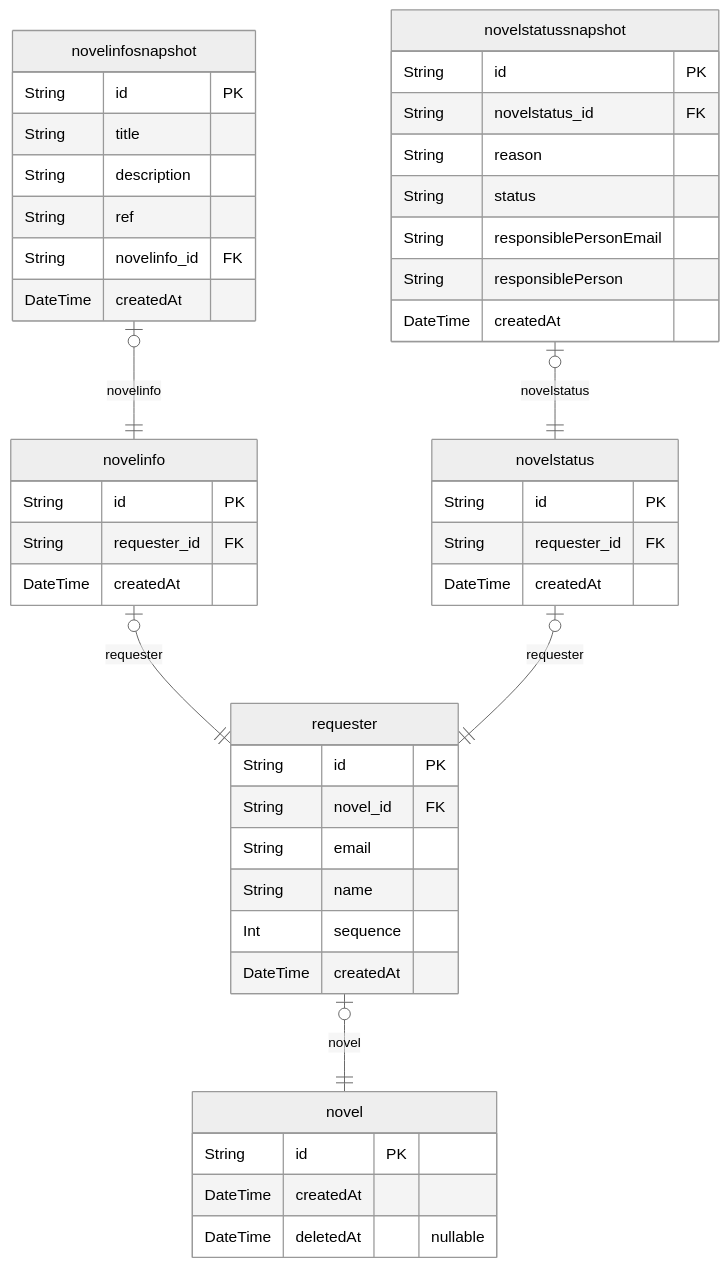
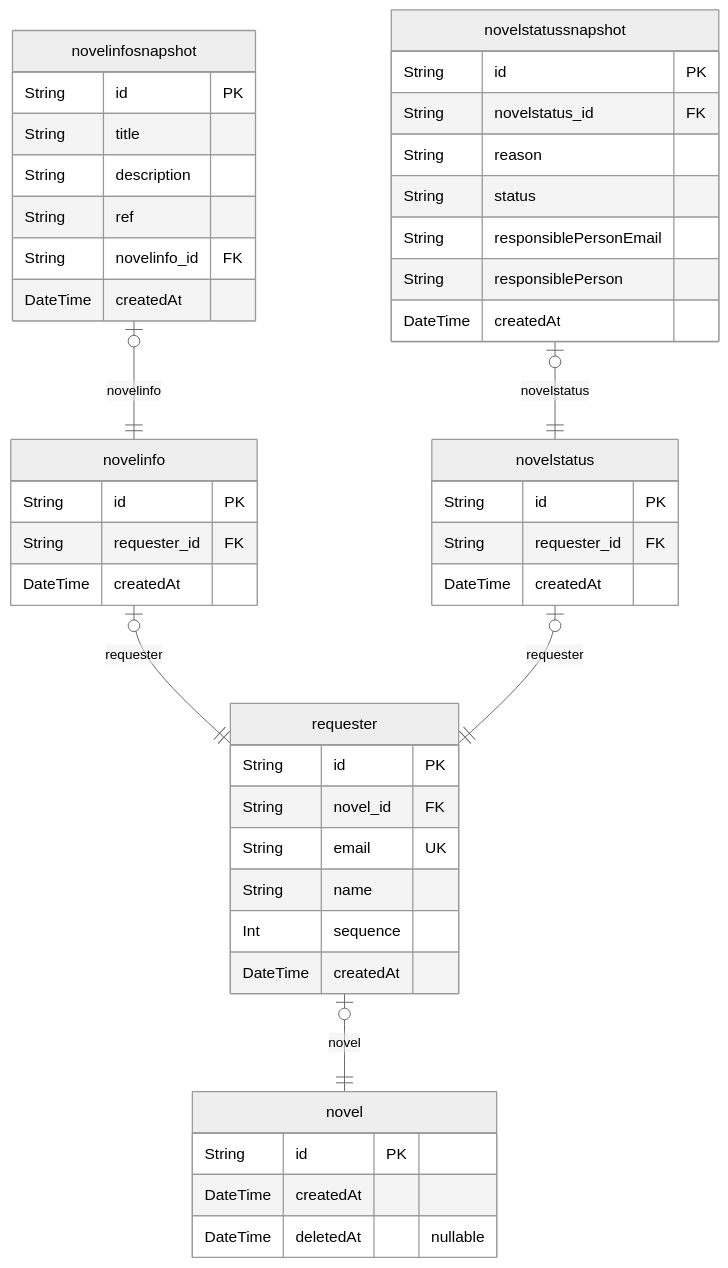
Before and after one commit to ktb-eatbook/eatbook-community: the diagram in ERD.md, drawn with Mermaid (neutral theme). The commit also changed other lines of this file and 28 other files, not shown here.

````diff
--- a/ERD.md
+++ b/ERD.md
@@ -7,48 +7,48 @@
 ```mermaid
 erDiagram
 "novel" {
   String id PK
   DateTime createdAt
   DateTime deletedAt "nullable"
 }
 "requester" {
   String id PK
   String novel_id FK
-  String email
+  String email UK
   String name
   Int sequence
   DateTime createdAt
 }
 "novelinfo" {
   String id PK
   String requester_id FK
   DateTime createdAt
 }
 "novelinfosnapshot" {
   String id PK
   String title
   String description
   String ref
   String novelinfo_id FK
   DateTime createdAt
 }
 "novelstatus" {
   String id PK
   String requester_id FK
   DateTime createdAt
 }
 "novelstatussnapshot" {
   String id PK
   String novelstatus_id FK
   String reason
   String status
   String responsiblePersonEmail
   String responsiblePerson
   DateTime createdAt
 }
 "requester" |o--|| "novel" : novel
 "novelinfo" |o--|| "requester" : requester
 "novelinfosnapshot" |o--|| "novelinfo" : novelinfo
 "novelstatus" |o--|| "requester" : requester
 "novelstatussnapshot" |o--|| "novelstatus" : novelstatus
 ```
````
